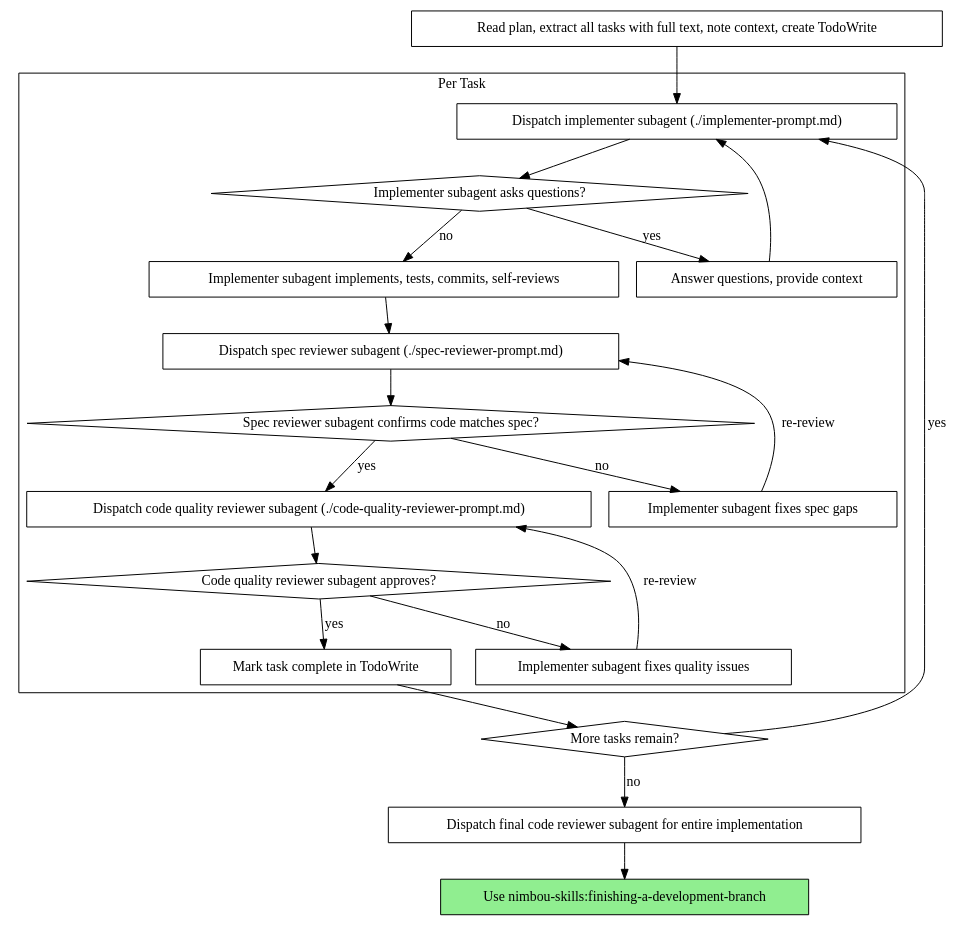
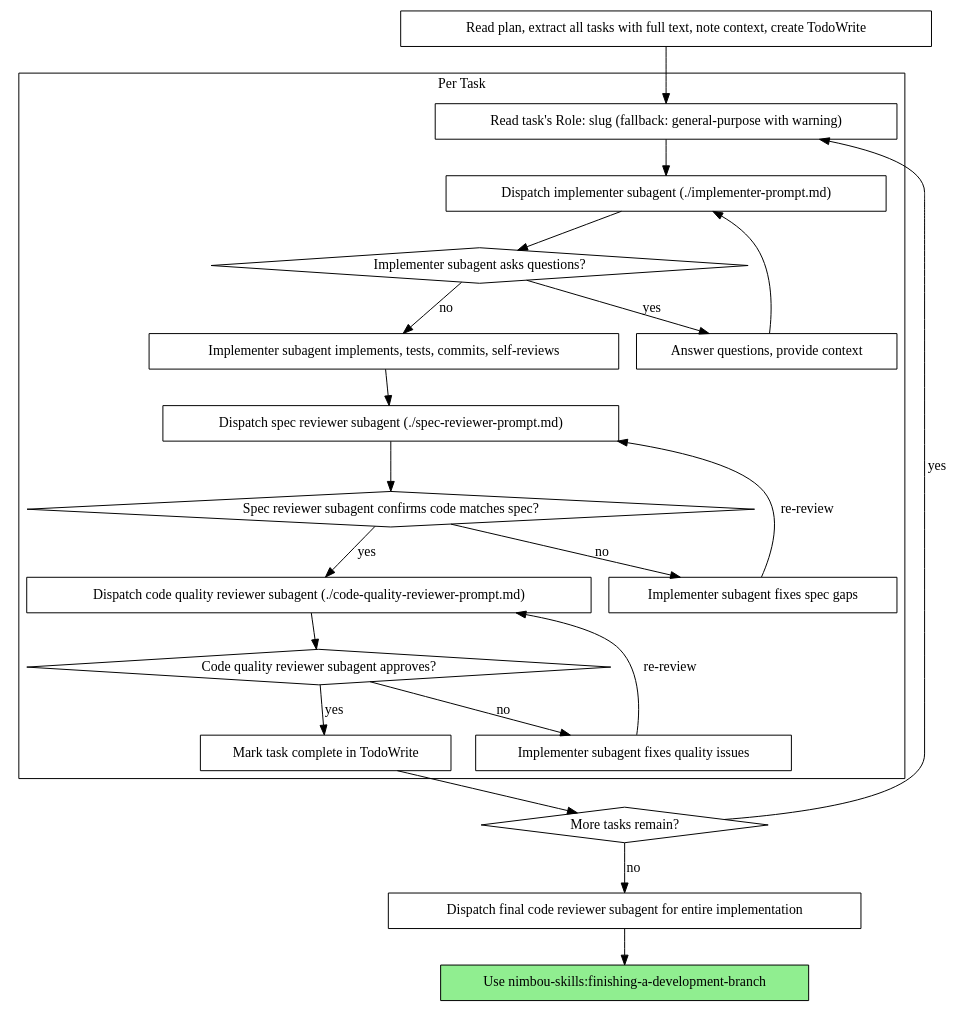
One commit to obra/superpowers changed the second of 2 diagrams in plugins/nimbou-skills/skills/subagent-driven-development/SKILL.md. Above: the diagram before and after it, drawn with Graphviz. The commit also changed other lines of this file and 3 other files, not shown here.

First line of the commit message:
feat(sdd): route per-task dispatch to role agents via Role: slug

````diff
--- a/plugins/nimbou-skills/skills/subagent-driven-development/SKILL.md
+++ b/plugins/nimbou-skills/skills/subagent-driven-development/SKILL.md
@@ -50,44 +68,46 @@
 ```dot
 digraph process {
     rankdir=TB;
 
     subgraph cluster_per_task {
         label="Per Task";
+        "Read task's Role: slug (fallback: general-purpose with warning)" [shape=box];
         "Dispatch implementer subagent (./implementer-prompt.md)" [shape=box];
         "Implementer subagent asks questions?" [shape=diamond];
         "Answer questions, provide context" [shape=box];
         "Implementer subagent implements, tests, commits, self-reviews" [shape=box];
         "Dispatch spec reviewer subagent (./spec-reviewer-prompt.md)" [shape=box];
         "Spec reviewer subagent confirms code matches spec?" [shape=diamond];
         "Implementer subagent fixes spec gaps" [shape=box];
         "Dispatch code quality reviewer subagent (./code-quality-reviewer-prompt.md)" [shape=box];
         "Code quality reviewer subagent approves?" [shape=diamond];
         "Implementer subagent fixes quality issues" [shape=box];
         "Mark task complete in TodoWrite" [shape=box];
     }
 
     "Read plan, extract all tasks with full text, note context, create TodoWrite" [shape=box];
     "More tasks remain?" [shape=diamond];
     "Dispatch final code reviewer subagent for entire implementation" [shape=box];
     "Use nimbou-skills:finishing-a-development-branch" [shape=box style=filled fillcolor=lightgreen];
 
-    "Read plan, extract all tasks with full text, note context, create TodoWrite" -> "Dispatch implementer subagent (./implementer-prompt.md)";
+    "Read plan, extract all tasks with full text, note context, create TodoWrite" -> "Read task's Role: slug (fallback: general-purpose with warning)";
+    "Read task's Role: slug (fallback: general-purpose with warning)" -> "Dispatch implementer subagent (./implementer-prompt.md)";
     "Dispatch implementer subagent (./implementer-prompt.md)" -> "Implementer subagent asks questions?";
     "Implementer subagent asks questions?" -> "Answer questions, provide context" [label="yes"];
     "Answer questions, provide context" -> "Dispatch implementer subagent (./implementer-prompt.md)";
     "Implementer subagent asks questions?" -> "Implementer subagent implements, tests, commits, self-reviews" [label="no"];
     "Implementer subagent implements, tests, commits, self-reviews" -> "Dispatch spec reviewer subagent (./spec-reviewer-prompt.md)";
     "Dispatch spec reviewer subagent (./spec-reviewer-prompt.md)" -> "Spec reviewer subagent confirms code matches spec?";
     "Spec reviewer subagent confirms code matches spec?" -> "Implementer subagent fixes spec gaps" [label="no"];
     "Implementer subagent fixes spec gaps" -> "Dispatch spec reviewer subagent (./spec-reviewer-prompt.md)" [label="re-review"];
     "Spec reviewer subagent confirms code matches spec?" -> "Dispatch code quality reviewer subagent (./code-quality-reviewer-prompt.md)" [label="yes"];
     "Dispatch code quality reviewer subagent (./code-quality-reviewer-prompt.md)" -> "Code quality reviewer subagent approves?";
     "Code quality reviewer subagent approves?" -> "Implementer subagent fixes quality issues" [label="no"];
     "Implementer subagent fixes quality issues" -> "Dispatch code quality reviewer subagent (./code-quality-reviewer-prompt.md)" [label="re-review"];
     "Code quality reviewer subagent approves?" -> "Mark task complete in TodoWrite" [label="yes"];
     "Mark task complete in TodoWrite" -> "More tasks remain?";
-    "More tasks remain?" -> "Dispatch implementer subagent (./implementer-prompt.md)" [label="yes"];
+    "More tasks remain?" -> "Read task's Role: slug (fallback: general-purpose with warning)" [label="yes"];
     "More tasks remain?" -> "Dispatch final code reviewer subagent for entire implementation" [label="no"];
     "Dispatch final code reviewer subagent for entire implementation" -> "Use nimbou-skills:finishing-a-development-branch";
 }
 ```
````
